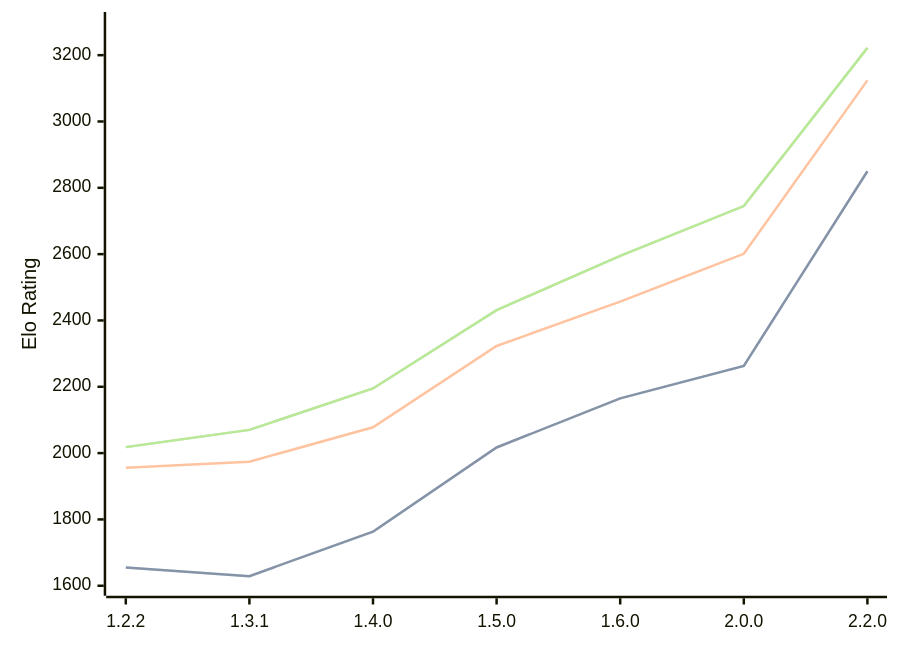
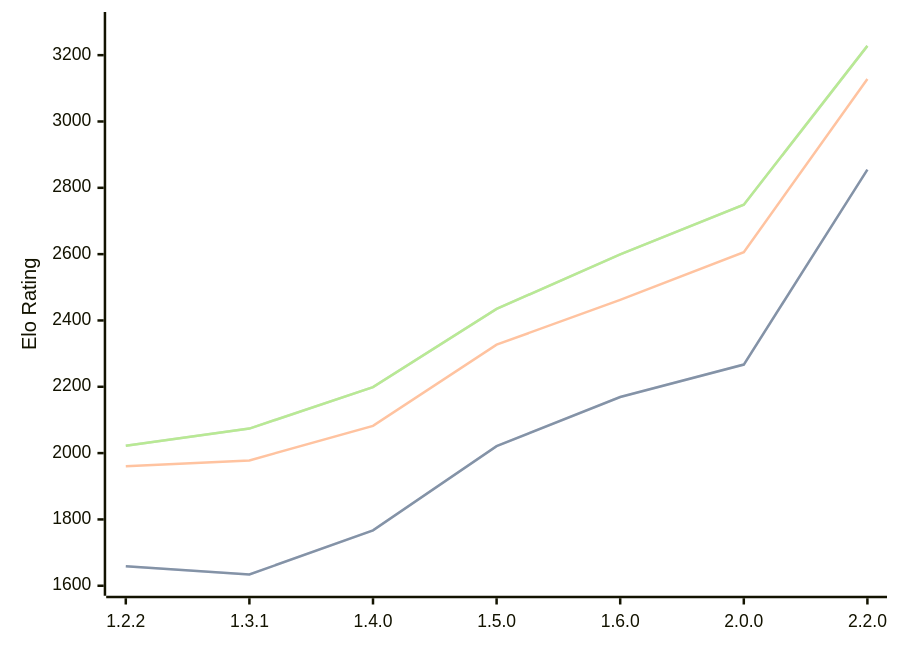
Before and after one commit to computer-chess-index/cci: the diagram in engines/SoloEngine.md, drawn with Mermaid. The commit also changed other lines of this file, not shown here.

Commit message:
Update CCI Ratings (ELO VLTC) - 2026-08-18

````diff
--- a/engines/SoloEngine.md
+++ b/engines/SoloEngine.md
@@ -38,11 +38,11 @@
 ```mermaid
 %%{init: {"theme":"base","themeVariables":{"seriesColors:['#a3a3a3','#222221','#faa371']}}}%%
 xychart-beta
   x-axis ["1.2.2", "1.3.1", "1.4.0", "1.5.0", "1.6.0", "2.0.0", "2.2.0"]
   y-axis "Elo Rating" 1600 --> 3300
-  line "STC (8.0+0.08s)" [1655, 1629, 1763, 2017, 2165, 2263, 2850]
-  line "STC (8.0+0.08s)" [1655, 1629, 1763, 2017, 2165, 2263, 2850]
-  line "LTC (60.0+0.60s)" [1956, 1974, 2078, 2323, 2457, 2601, 3124]
-  line "VLTC (2m24s+1.12s)" [2018, 2070, 2195, 2431, 2595, 2745, 3222]
-  line "VLTC (2m24s+1.12s)" [2018, 2070, 2195, 2431, 2595, 2745, 3222]
+  line "STC (8.0+0.08s)" [1659, 1634, 1767, 2021, 2169, 2267, 2855]
+  line "STC (8.0+0.08s)" [1659, 1634, 1767, 2021, 2169, 2267, 2855]
+  line "LTC (60.0+0.60s)" [1960, 1978, 2082, 2327, 2462, 2606, 3128]
+  line "VLTC (2m24s+1.12s)" [2022, 2074, 2199, 2435, 2599, 2749, 3228]
+  line "VLTC (2m24s+1.12s)" [2022, 2074, 2199, 2435, 2599, 2749, 3228]
 ```
````
